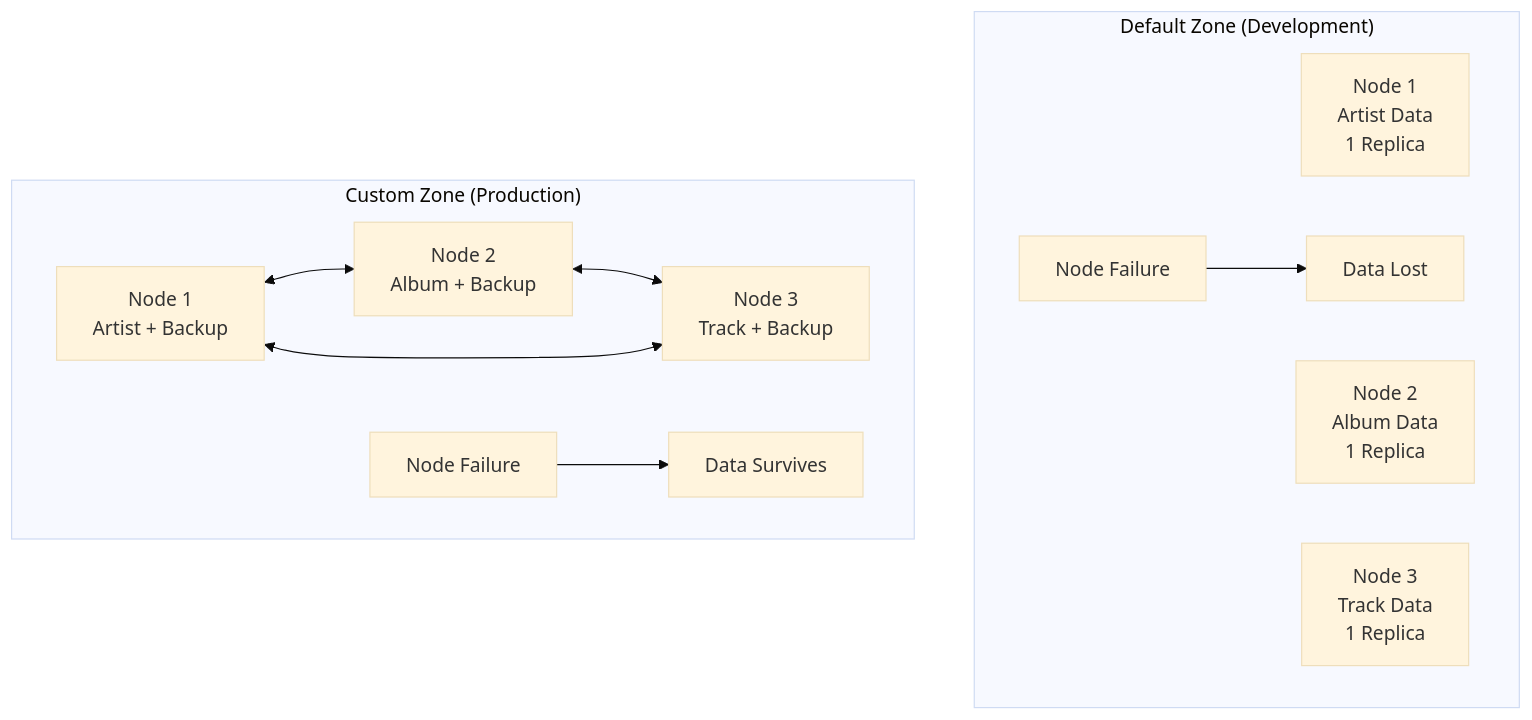
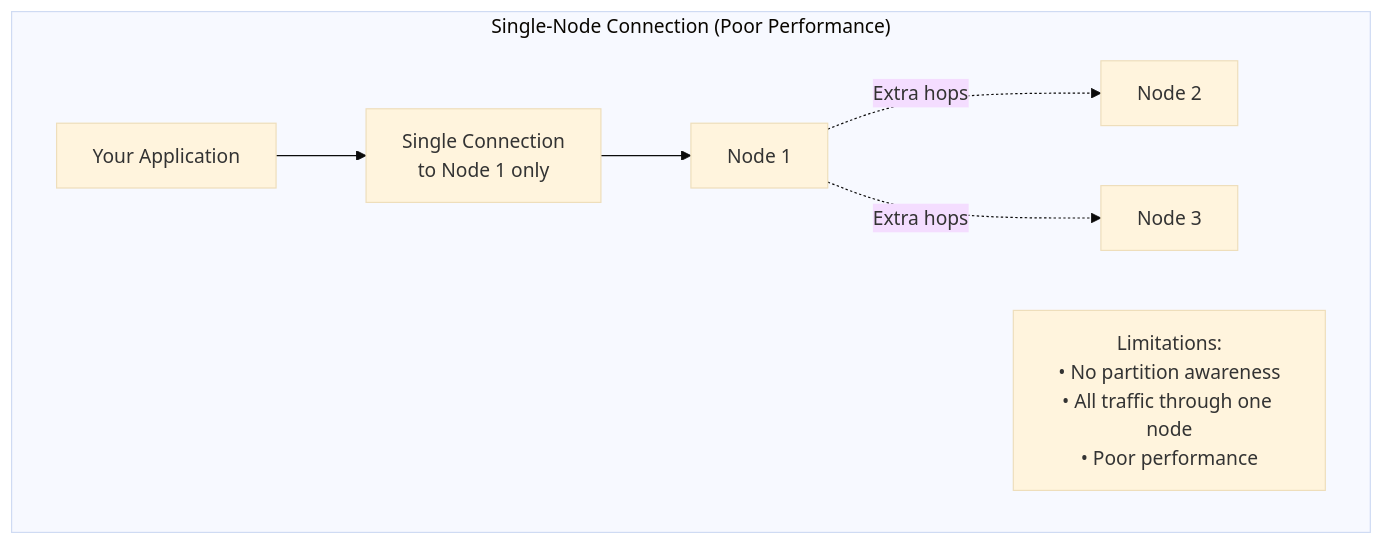
Before and after one commit to maglietti/ignite3-java-api-primer: the sixth of 7 diagrams in docs/01-foundation/01-introduction-and-architecture.md, drawn with Mermaid (base theme). The commit also changed other lines of this file, not shown here.

````diff
--- a/docs/01-foundation/01-introduction-and-architecture.md
+++ b/docs/01-foundation/01-introduction-and-architecture.md
@@ -298,22 +335,17 @@
 ```mermaid
 graph TB
-    subgraph DEV ["Default Zone (Development)"]
-        N1["Node 1<br/>Artist Data<br/>1 Replica"]
-        N2["Node 2<br/>Album Data<br/>1 Replica"] 
-        N3["Node 3<br/>Track Data<br/>1 Replica"]
+    subgraph "Single-Node Connection (Poor Performance)"
+        APP1["Your Application"] 
+        SINGLE["Single Connection<br/>to Node 1 only"]
+        N1["Node 1"]
+        N2["Node 2"] 
+        N3["Node 3"]
         
-        FAIL["Node Failure"] --> LOST["Data Lost"]
-    end
-    
-    subgraph PROD ["Custom Zone (Production)"]
-        PN1["Node 1<br/>Artist + Backup"]
-        PN2["Node 2<br/>Album + Backup"]
-        PN3["Node 3<br/>Track + Backup"]
+        APP1 --> SINGLE
+        SINGLE --> N1
+        N1 -.->|"Extra hops"| N2
+        N1 -.->|"Extra hops"| N3
         
-        PN1 <--> PN2
-        PN2 <--> PN3
-        PN1 <--> PN3
-        
-        PFAIL["Node Failure"] --> SAFE["Data Survives"]
+        LIMIT["Limitations:<br/>• No partition awareness<br/>• All traffic through one node<br/>• Poor performance"]
     end
 ```
````
